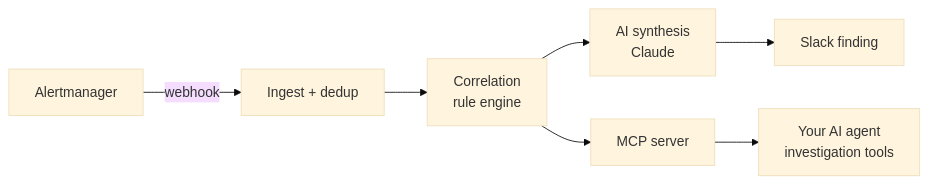
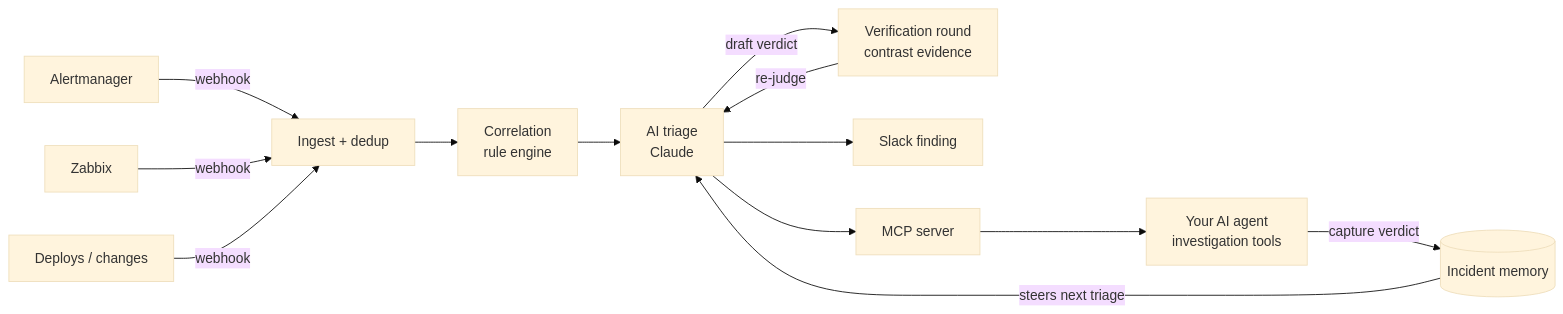
The diagram in README.md (alertint/alertint-agent), drawn with Mermaid (base theme) before and after one commit. The commit also changed other lines of this file and 1 other file, not shown here.

First line of the commit message:
docs: refresh README and architecture for Zabbix and the triage loops (#53)

````diff
--- a/README.md
+++ b/README.md
@@ -40,9 +41,15 @@
 ```mermaid
 flowchart LR
     AM[Alertmanager] -->|webhook| ING[Ingest + dedup]
+    ZBX[Zabbix] -->|webhook| ING
+    CHG[Deploys / changes] -->|webhook| ING
     ING --> COR[Correlation<br/>rule engine]
-    COR --> AI[AI synthesis<br/>Claude]
+    COR --> AI[AI triage<br/>Claude]
+    AI -->|draft verdict| VER[Verification round<br/>contrast evidence]
+    VER -->|re-judge| AI
     AI --> SLK[Slack finding]
-    COR --> MCP[MCP server]
+    AI --> MCP[MCP server]
     MCP --> AGT[Your AI agent<br/>investigation tools]
+    AGT -->|capture verdict| MEM[(Incident memory)]
+    MEM -->|steers next triage| AI
 ```
````
